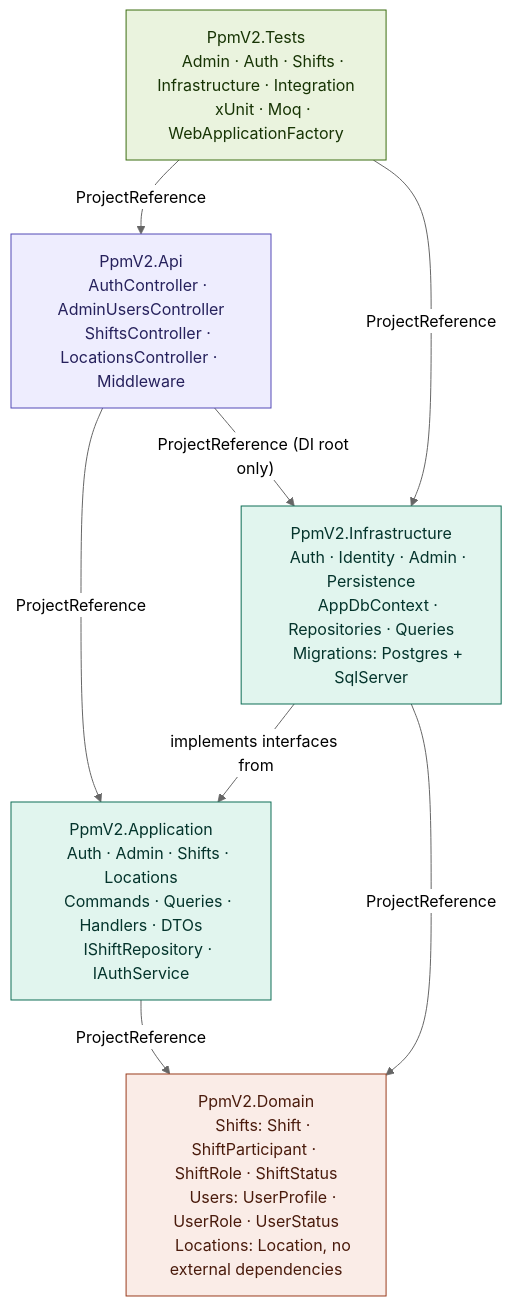
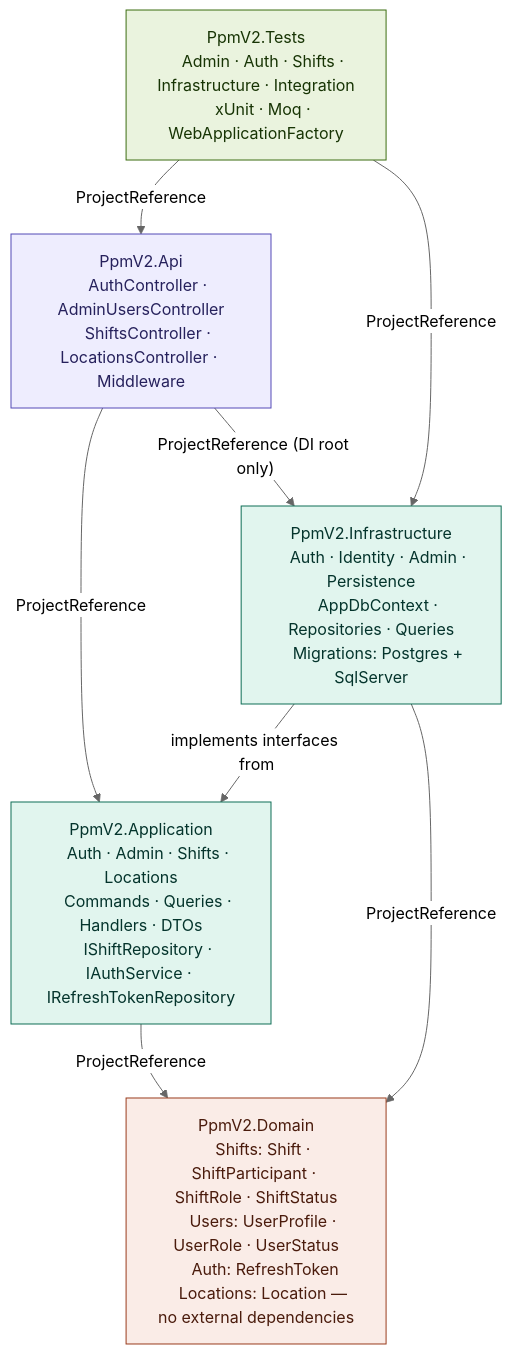
One commit to djzh23/PpmV2 changed the second of 3 diagrams in src/docs/architecture.md. Above: the diagram before and after it, drawn with Mermaid (neutral theme). The commit also changed other lines of this file, not shown here.

Commit message:
docs: fix architecture diagrams — correct UserStatus values, arrow directions, and add RefreshToken

````diff
--- a/src/docs/architecture.md
+++ b/src/docs/architecture.md
@@ -92,39 +94,40 @@
 ```mermaid
 graph TD
     API["PpmV2.Api
     AuthController · AdminUsersController
     ShiftsController · LocationsController · Middleware"]
 
     APP["PpmV2.Application
     Auth · Admin · Shifts · Locations
     Commands · Queries · Handlers · DTOs
-    IShiftRepository · IAuthService"]
+    IShiftRepository · IAuthService · IRefreshTokenRepository"]
 
     INFRA["PpmV2.Infrastructure
     Auth · Identity · Admin · Persistence
     AppDbContext · Repositories · Queries
     Migrations: Postgres + SqlServer"]
 
     DOMAIN["PpmV2.Domain
     Shifts: Shift · ShiftParticipant · ShiftRole · ShiftStatus
     Users: UserProfile · UserRole · UserStatus
-    Locations: Location, no external dependencies"]
+    Auth: RefreshToken
+    Locations: Location — no external dependencies"]
 
     TESTS["PpmV2.Tests
     Admin · Auth · Shifts · Infrastructure · Integration
     xUnit · Moq · WebApplicationFactory"]
 
     API   -->|"ProjectReference"| APP
     API   -->|"ProjectReference (DI root only)"| INFRA
     APP   -->|"ProjectReference"| DOMAIN
     INFRA -->|"implements interfaces from"| APP
     INFRA -->|"ProjectReference"| DOMAIN
     TESTS -->|"ProjectReference"| API
     TESTS -->|"ProjectReference"| INFRA
 
     style API    fill:#EEEDFE,stroke:#534AB7,color:#26215C
     style APP    fill:#E1F5EE,stroke:#0F6E56,color:#04342C
     style INFRA  fill:#E1F5EE,stroke:#0F6E56,color:#04342C
     style DOMAIN fill:#FAECE7,stroke:#993C1D,color:#4A1B0C
     style TESTS  fill:#EAF3DE,stroke:#3B6D11,color:#173404
 ```
````
